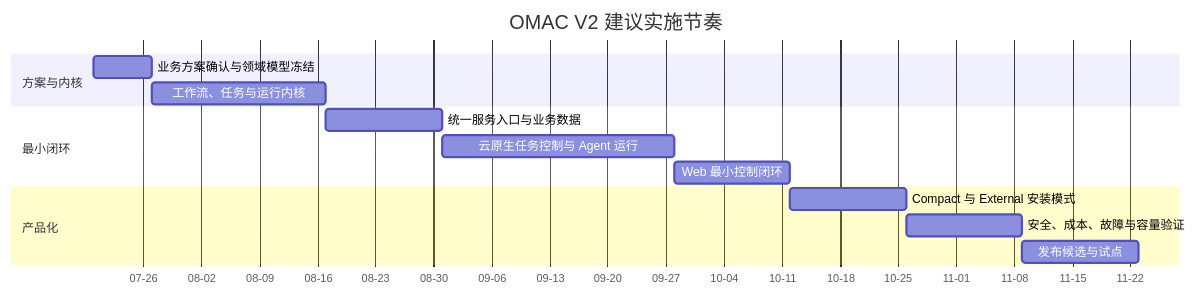
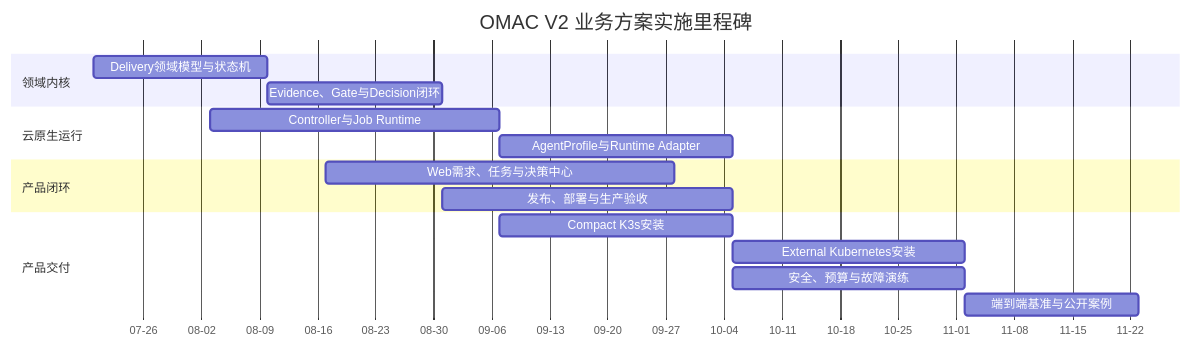
Before and after one commit to xiaohei-info/oh-my-agent-cluster: the seventh of 7 diagrams in docs/superpowers/specs/2026-07-13-omac-v2-cloud-native-business-solution-design.md, drawn with Mermaid. The commit also changed other lines of this file, not shown here.

Commit message:
docs: refine OMAC V2 autonomous delivery design

````diff
--- a/docs/superpowers/specs/2026-07-13-omac-v2-cloud-native-business-solution-design.md
+++ b/docs/superpowers/specs/2026-07-13-omac-v2-cloud-native-business-solution-design.md
@@ -643,20 +1182,24 @@
-```mermaid
+~~~mermaid
 gantt
-    title OMAC V2 建议实施节奏
-    dateFormat YYYY-MM-DD
-    axisFormat %m-%d
+    title OMAC V2 业务方案实施里程碑
+    dateFormat  YYYY-MM-DD
+    axisFormat  %m-%d
 
-    section 方案与内核
-    业务方案确认与领域模型冻结       :m0, 2026-07-20, 7d
-    工作流、任务与运行内核           :m1, after m0, 21d
+    section 领域内核
+    Delivery领域模型与状态机       :m1, 2026-07-20, 21d
+    Evidence、Gate与Decision闭环   :m2, after m1, 21d
 
-    section 最小闭环
-    统一服务入口与业务数据           :m2, after m1, 14d
-    云原生任务控制与 Agent 运行      :m3, after m2, 28d
-    Web 最小控制闭环                 :m4, after m3, 14d
+    section 云原生运行
+    Controller与Job Runtime        :m3, 2026-08-03, 35d
+    AgentProfile与Runtime Adapter  :m4, after m3, 28d
 
-    section 产品化
-    Compact 与 External 安装模式     :m5, after m4, 14d
-    安全、成本、故障与容量验证       :m6, after m5, 14d
-    发布候选与试点                   :m7, after m6, 14d
-```
+    section 产品闭环
+    Web需求、任务与决策中心        :m5, 2026-08-17, 42d
+    发布、部署与生产验收           :m6, after m2, 35d
+
+    section 产品交付
+    Compact K3s安装                :m7, after m3, 28d
+    External Kubernetes安装        :m8, after m4, 28d
+    安全、预算与故障演练           :m9, after m6, 28d
+    端到端基准与公开案例           :m10, after m9, 21d
+~~~
````
